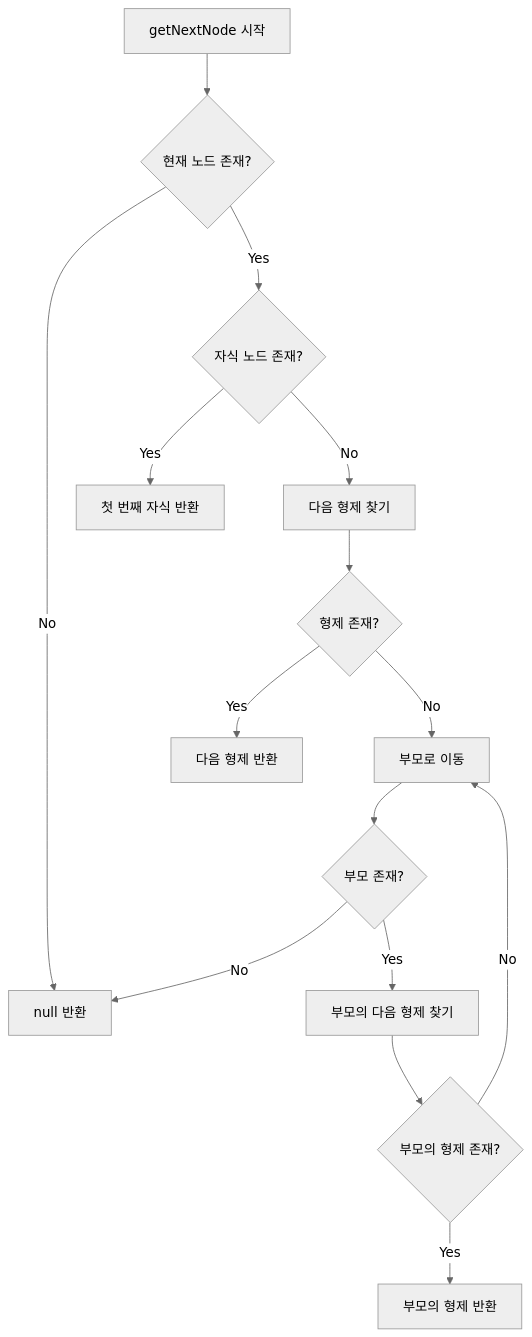
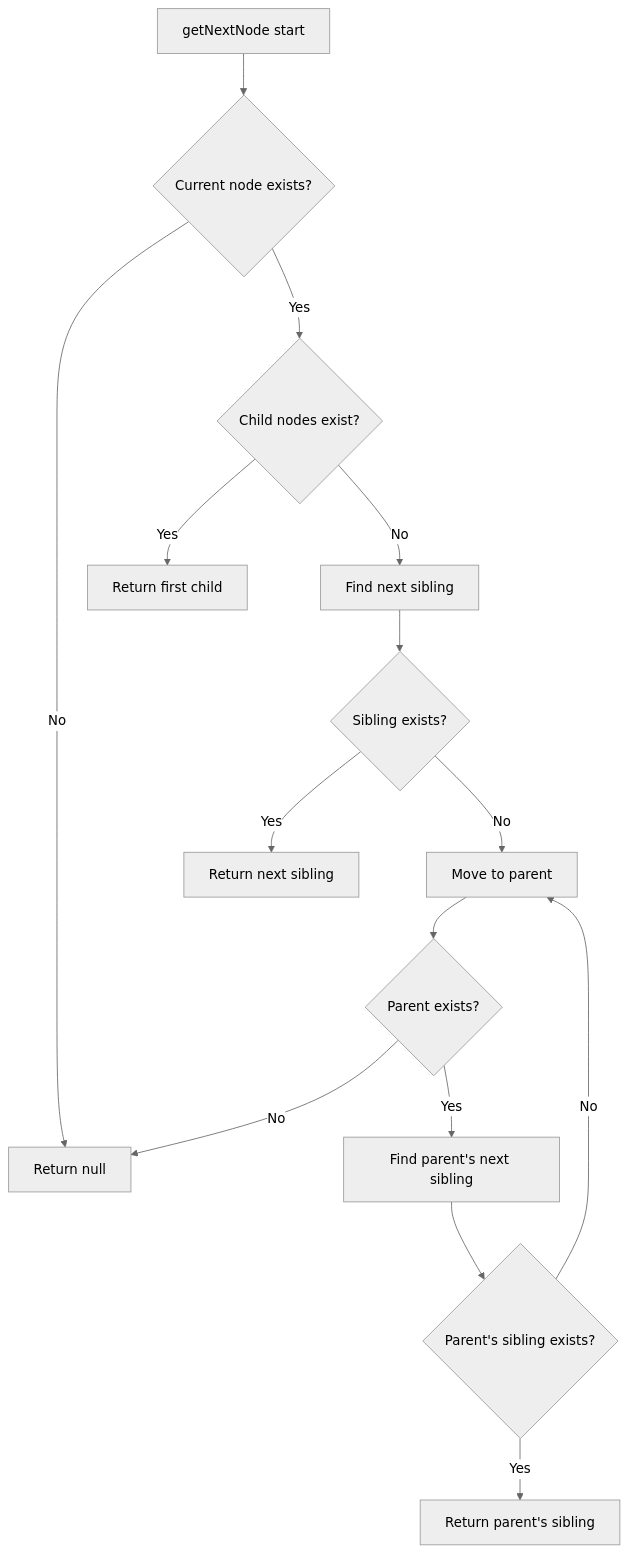
The second of 7 diagrams in packages/datastore/docs/document-iterator-spec.md (barocss/barocss-editor), drawn with Mermaid (neutral theme) before and after one commit. The commit also changed other lines of this file and 147 other files, not shown here.

````diff
--- a/packages/datastore/docs/document-iterator-spec.md
+++ b/packages/datastore/docs/document-iterator-spec.md
@@ -102,17 +102,17 @@
 ```mermaid
 flowchart TD
-    A[getNextNode 시작] --> B{현재 노드 존재?}
-    B -->|No| C[null 반환]
-    B -->|Yes| D{자식 노드 존재?}
-    D -->|Yes| E[첫 번째 자식 반환]
-    D -->|No| F[다음 형제 찾기]
-    F --> G{형제 존재?}
-    G -->|Yes| H[다음 형제 반환]
-    G -->|No| I[부모로 이동]
-    I --> J{부모 존재?}
+    A[getNextNode start] --> B{Current node exists?}
+    B -->|No| C[Return null]
+    B -->|Yes| D{Child nodes exist?}
+    D -->|Yes| E[Return first child]
+    D -->|No| F[Find next sibling]
+    F --> G{Sibling exists?}
+    G -->|Yes| H[Return next sibling]
+    G -->|No| I[Move to parent]
+    I --> J{Parent exists?}
     J -->|No| C
-    J -->|Yes| K[부모의 다음 형제 찾기]
-    K --> L{부모의 형제 존재?}
-    L -->|Yes| M[부모의 형제 반환]
+    J -->|Yes| K[Find parent's next sibling]
+    K --> L{Parent's sibling exists?}
+    L -->|Yes| M[Return parent's sibling]
     L -->|No| I
 ```
````
